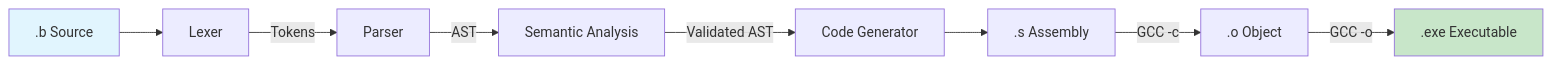
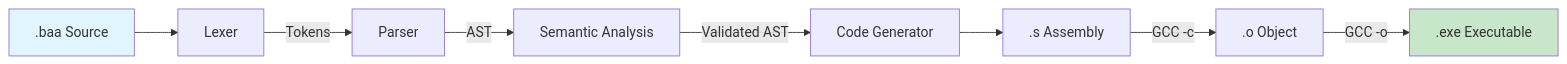
Before and after one commit to OmarAglan/Baa: the diagram in docs/INTERNALS.md, drawn with Mermaid. The commit also changed other lines of this file and 14 other files, not shown here.

````diff
--- a/docs/INTERNALS.md
+++ b/docs/INTERNALS.md
@@ -32,13 +32,13 @@
 ```mermaid
 flowchart LR
-    A[".b Source"] --> B["Lexer"]
+    A[".baa Source"] --> B["Lexer"]
     B -->|Tokens| C["Parser"]
     C -->|AST| D["Semantic Analysis"]
     D -->|Validated AST| E["Code Generator"]
     E --> F[".s Assembly"]
     F -->|GCC -c| G[".o Object"]
     G -->|GCC -o| H[".exe Executable"]
     
     style A fill:#e1f5fe
     style H fill:#c8e6c9
 ```
````
